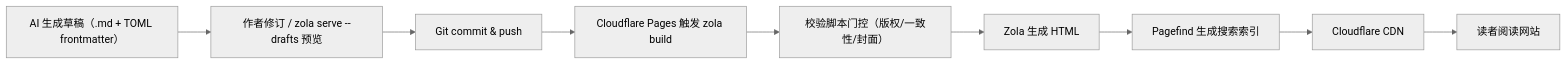
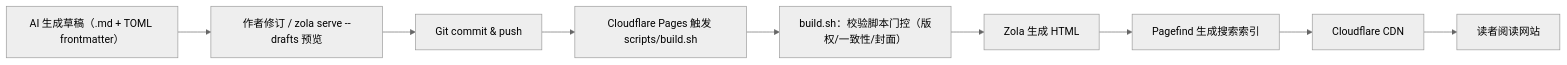
The diagram in docs/product/04-Zola方案详细设计.md (A1pha3/mixtxt), drawn with Mermaid (neutral theme) before and after one commit. The commit also changed other lines of this file and 1 other file, not shown here.

````diff
--- a/docs/product/04-Zola方案详细设计.md
+++ b/docs/product/04-Zola方案详细设计.md
@@ -58,11 +65,11 @@
 ```mermaid
 flowchart LR
     A["AI 生成草稿（.md + TOML frontmatter）"] --> B["作者修订 / zola serve --drafts 预览"]
     B --> C["Git commit & push"]
-    C --> D["Cloudflare Pages 触发 zola build"]
-    D --> E["校验脚本门控（版权/一致性/封面）"]
+    C --> D["Cloudflare Pages 触发 scripts/build.sh"]
+    D --> E["build.sh：校验脚本门控（版权/一致性/封面）"]
     E --> F["Zola 生成 HTML"]
     F --> F2["Pagefind 生成搜索索引"]
     F2 --> G["Cloudflare CDN"]
     G --> H["读者阅读网站"]
 ```
````
